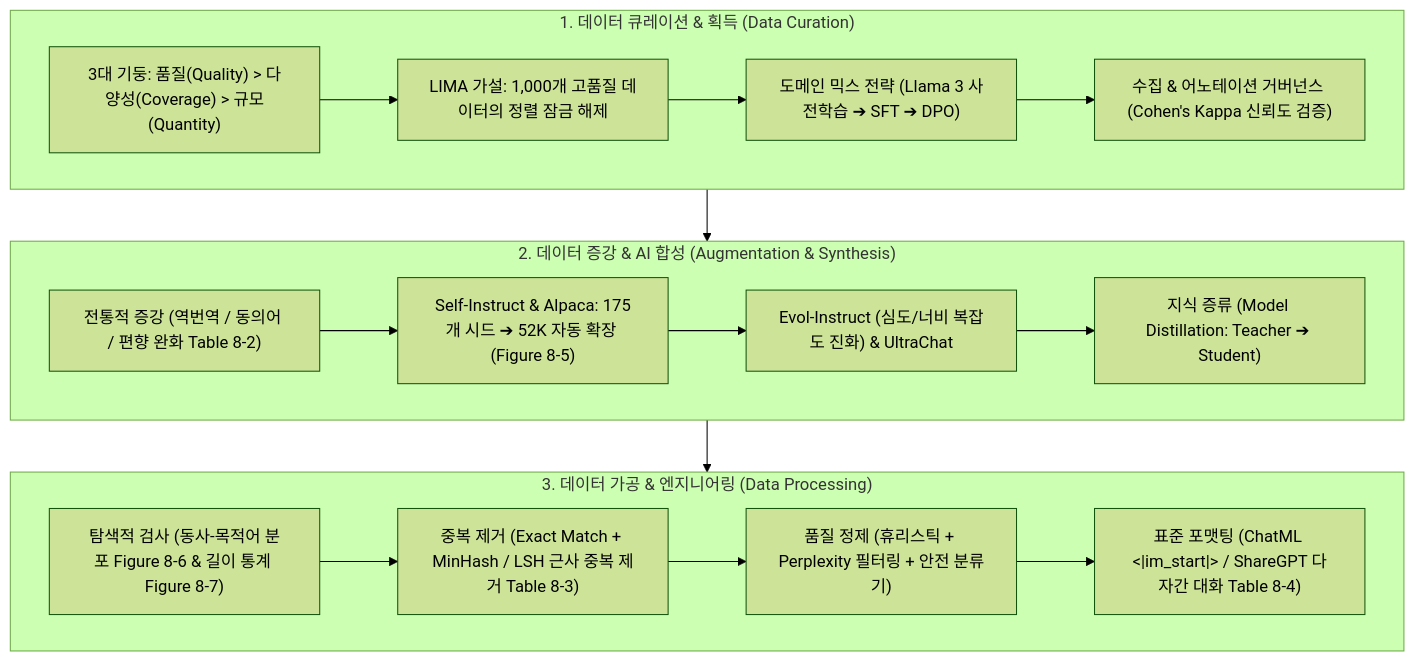
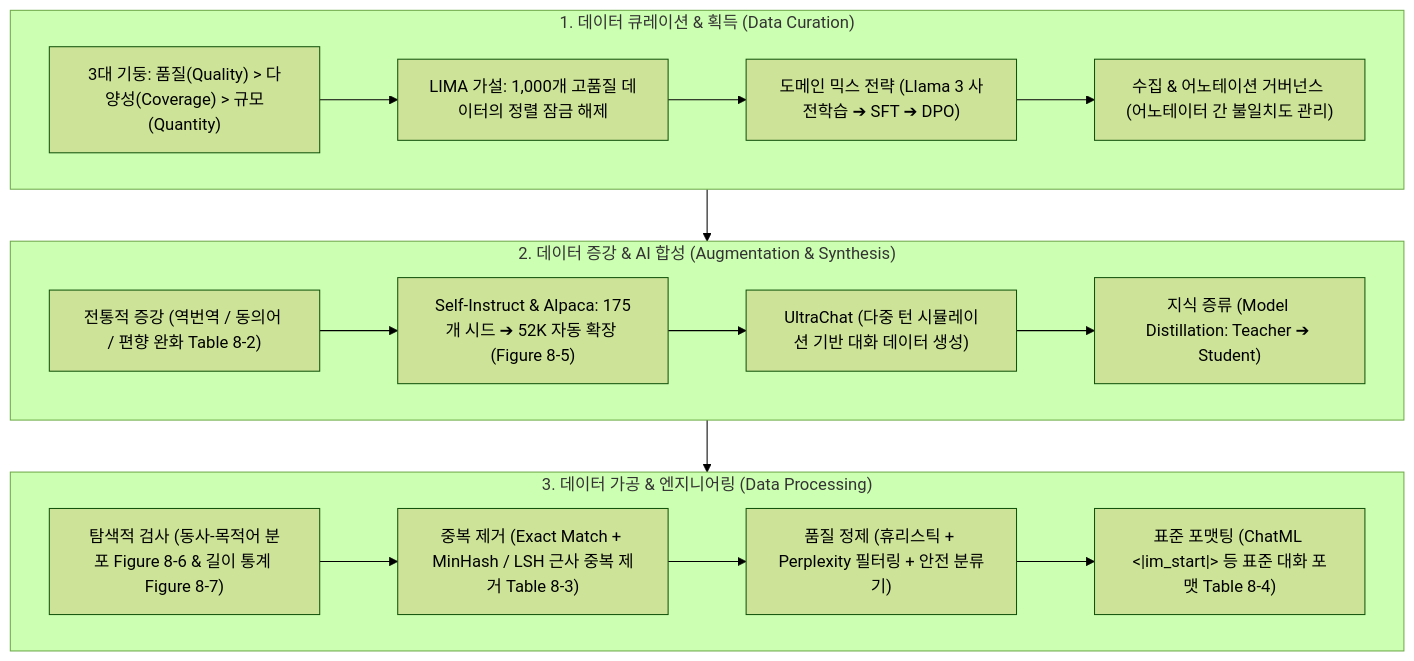
One commit to sing-u8/AI-Engineering changed the diagram in chapter-qa/ch08-datasets-and-data-engineering-qa/00-ch08-overview.md. Above: the diagram before and after it, drawn with Mermaid (forest theme). The commit also changed other lines of this file and 12 other files, not shown here.

````diff
--- a/chapter-qa/ch08-datasets-and-data-engineering-qa/00-ch08-overview.md
+++ b/chapter-qa/ch08-datasets-and-data-engineering-qa/00-ch08-overview.md
@@ -29,28 +29,28 @@
 ```mermaid
 flowchart TD
     subgraph PartA["1. 데이터 큐레이션 & 획득 (Data Curation)"]
         Pillars["3대 기둥: 품질(Quality) > 다양성(Coverage) > 규모(Quantity)"]
         LIMA["LIMA 가설: 1,000개 고품질 데이터의 정렬 잠금 해제"]
         Mix["도메인 믹스 전략 (Llama 3 사전학습 ➔ SFT ➔ DPO)"]
-        Annot["수집 & 어노테이션 거버넌스 (Cohen's Kappa 신뢰도 검증)"]
+        Annot["수집 & 어노테이션 거버넌스 (어노테이터 간 불일치도 관리)"]
         Pillars --> LIMA --> Mix --> Annot
     end
 
     subgraph PartB["2. 데이터 증강 & AI 합성 (Augmentation & Synthesis)"]
         Trad["전통적 증강 (역번역 / 동의어 / 편향 완화 Table 8-2)"]
         Self["Self-Instruct & Alpaca: 175개 시드 ➔ 52K 자동 확장 (Figure 8-5)"]
-        Evol["Evol-Instruct (심도/너비 복잡도 진화) & UltraChat"]
+        Evol["UltraChat (다중 턴 시뮬레이션 기반 대화 데이터 생성)"]
         Distill["지식 증류 (Model Distillation: Teacher ➔ Student)"]
         Trad --> Self --> Evol --> Distill
     end
 
     subgraph PartC["3. 데이터 가공 & 엔지니어링 (Data Processing)"]
         EDA["탐색적 검사 (동사-목적어 분포 Figure 8-6 & 길이 통계 Figure 8-7)"]
         Dedup["중복 제거 (Exact Match + MinHash / LSH 근사 중복 제거 Table 8-3)"]
         Filter["품질 정제 (휴리스틱 + Perplexity 필터링 + 안전 분류기)"]
-        Format["표준 포맷팅 (ChatML <|im_start|> / ShareGPT 다자간 대화 Table 8-4)"]
+        Format["표준 포맷팅 (ChatML <|im_start|> 등 표준 대화 포맷 Table 8-4)"]
         EDA --> Dedup --> Filter --> Format
     end
 
     PartA --> PartB --> PartC
 ```
````
